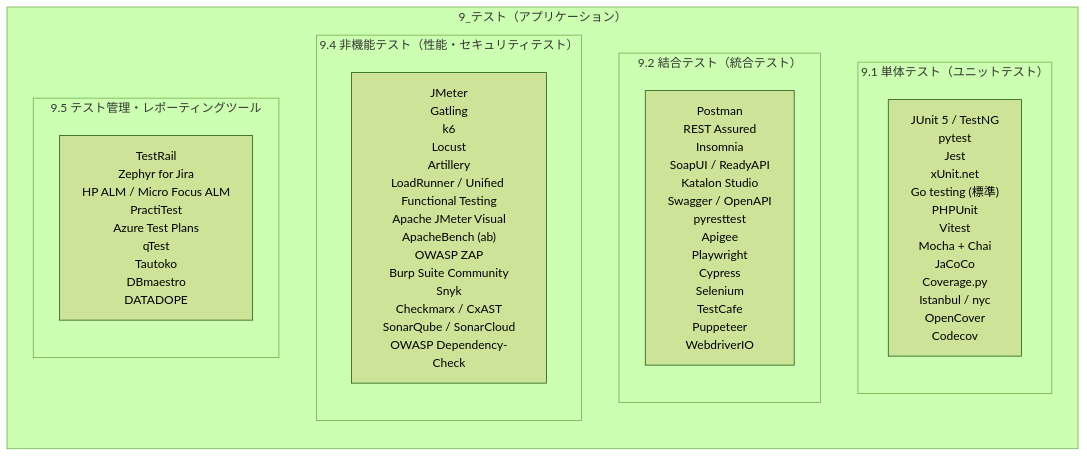
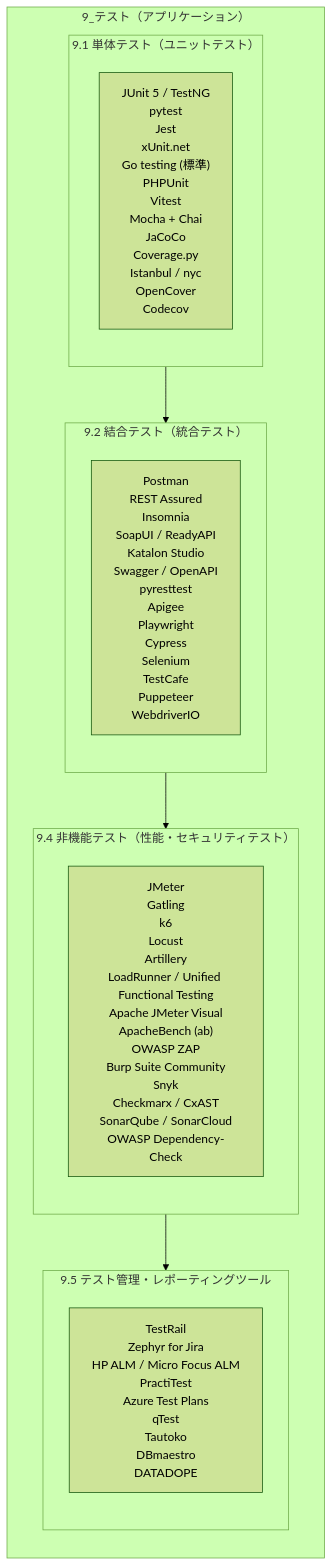
One commit to infinith4/dev-moderndev changed diagram 11 of 13 in docs/dev_process_mermaid.md. Above: the diagram before and after it, drawn with Mermaid (forest theme). The commit also changed other lines of this file, not shown here.

````diff
--- a/docs/dev_process_mermaid.md
+++ b/docs/dev_process_mermaid.md
@@ -251,23 +276,24 @@
 ```mermaid
 %%{init: {'flowchart': {'htmlLabels': true}}}%%
 flowchart TB
     subgraph P10[9_テスト（アプリケーション）]
         direction TB
         subgraph P10s1[9.1 単体テスト（ユニットテスト）]
             direction TB
             P10s1_t["JUnit 5 / TestNG<br/>pytest<br/>Jest<br/>xUnit.net<br/>Go testing (標準)<br/>PHPUnit<br/>Vitest<br/>Mocha + Chai<br/>JaCoCo<br/>Coverage.py<br/>Istanbul / nyc<br/>OpenCover<br/>Codecov"]
         end
         subgraph P10s2[9.2 結合テスト（統合テスト）]
             direction TB
             P10s2_t["Postman<br/>REST Assured<br/>Insomnia<br/>SoapUI / ReadyAPI<br/>Katalon Studio<br/>Swagger / OpenAPI<br/>pyresttest<br/>Apigee<br/>Playwright<br/>Cypress<br/>Selenium<br/>TestCafe<br/>Puppeteer<br/>WebdriverIO"]
         end
         subgraph P10s3[9.4 非機能テスト（性能・セキュリティテスト）]
             direction TB
             P10s3_t["JMeter<br/>Gatling<br/>k6<br/>Locust<br/>Artillery<br/>LoadRunner / Unified Functional Testing<br/>Apache JMeter Visual<br/>ApacheBench (ab)<br/>OWASP ZAP<br/>Burp Suite Community<br/>Snyk<br/>Checkmarx / CxAST<br/>SonarQube / SonarCloud<br/>OWASP Dependency-Check"]
         end
         subgraph P10s4[9.5 テスト管理・レポーティングツール]
             direction TB
             P10s4_t["TestRail<br/>Zephyr for Jira<br/>HP ALM / Micro Focus ALM<br/>PractiTest<br/>Azure Test Plans<br/>qTest<br/>Tautoko<br/>DBmaestro<br/>DATADOPE"]
         end
+        P10s1 --> P10s2 --> P10s3 --> P10s4
     end
 ```
````
